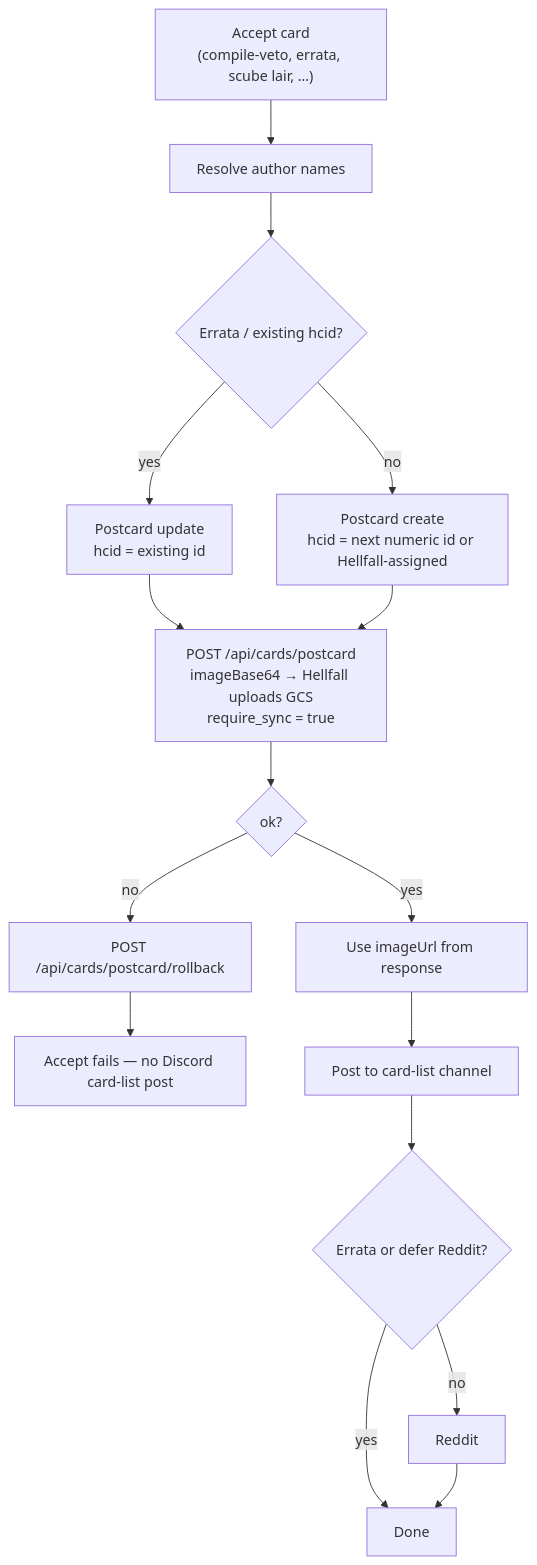
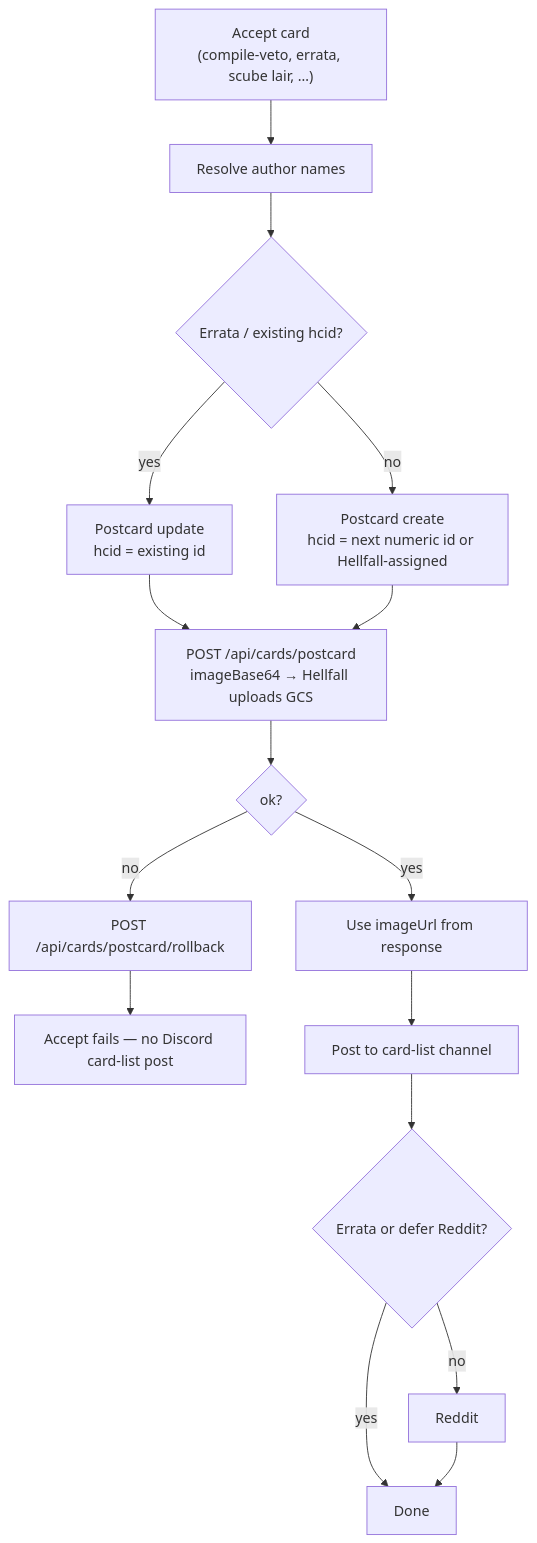
One commit to bones-bones/mork changed the third of 7 diagrams in docs/card-flows/post-sheets.md. Above: the diagram before and after it, drawn with Mermaid. The commit also changed 11 other files, not shown here.

````diff
--- a/docs/card-flows/post-sheets.md
+++ b/docs/card-flows/post-sheets.md
@@ -77,20 +77,20 @@
 ```mermaid
 flowchart TD
   IN["Accept card<br/>(compile-veto, errata, scube lair, …)"] --> RES["Resolve author names"]
   RES --> ID{"Errata / existing hcid?"}
   ID -->|yes| UPD["Postcard update<br/>hcid = existing id"]
   ID -->|no| NEW["Postcard create<br/>hcid = next numeric id or Hellfall-assigned"]
 
   UPD --> PC
   NEW --> PC
-  PC["POST /api/cards/postcard<br/>imageBase64 → Hellfall uploads GCS<br/>require_sync = true"]
+  PC["POST /api/cards/postcard<br/>imageBase64 → Hellfall uploads GCS"]
   PC --> OK{"ok?"}
   OK -->|no| RB["POST /api/cards/postcard/rollback"]
   RB --> FAIL["Accept fails — no Discord card-list post"]
   OK -->|yes| URL["Use imageUrl from response"]
   URL --> CL["Post to card-list channel"]
   CL --> RD{"Errata or defer Reddit?"}
   RD -->|no| RED["Reddit"]
   RD -->|yes| DONE["Done"]
   RED --> DONE
 ```
````
